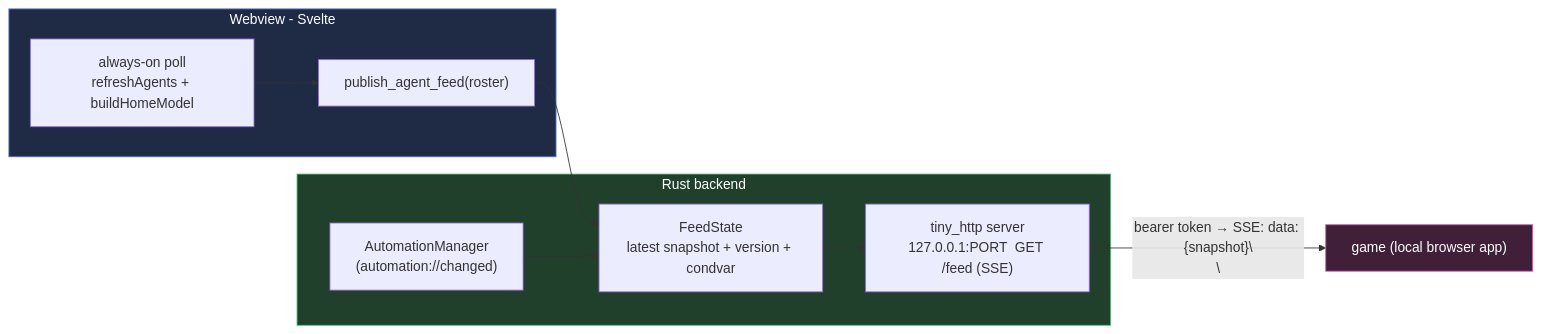
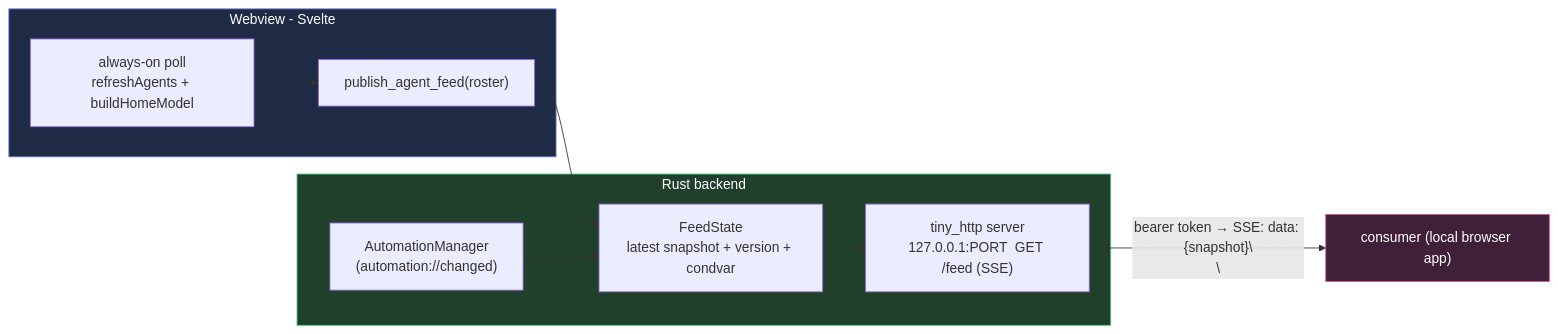
Before and after one commit to eharris128/fly: the first of 2 diagrams in docs/plans/2026-07-04-001-feat-agent-state-local-feed-plan.md, drawn with Mermaid. The commit also changed other lines of this file and 34 other files, not shown here.

````diff
--- a/docs/plans/2026-07-04-001-feat-agent-state-local-feed-plan.md
+++ b/docs/plans/2026-07-04-001-feat-agent-state-local-feed-plan.md
@@ -140,16 +140,16 @@
 ```mermaid
 flowchart LR
     subgraph webview [Webview - Svelte]
         poll["always-on poll\nrefreshAgents + buildHomeModel"] --> pub["publish_agent_feed(roster)"]
     end
     subgraph backend [Rust backend]
         pub --> cache["FeedState\nlatest snapshot + version + condvar"]
         autos["AutomationManager\n(automation://changed)"] --> cache
         cache --> srv["tiny_http server\n127.0.0.1:PORT  GET /feed (SSE)"]
     end
-    srv -->|"bearer token → SSE: data: {snapshot}\\n\\n"| game["game (local browser app)"]
+    srv -->|"bearer token → SSE: data: {snapshot}\\n\\n"| consumer["consumer (local browser app)"]
 
     style webview fill:#1f2a44,stroke:#5b7bd0,color:#fff
     style backend fill:#20402c,stroke:#5bd08a,color:#fff
-    style game fill:#402038,stroke:#d05ba8,color:#fff
+    style consumer fill:#402038,stroke:#d05ba8,color:#fff
 ```
````
